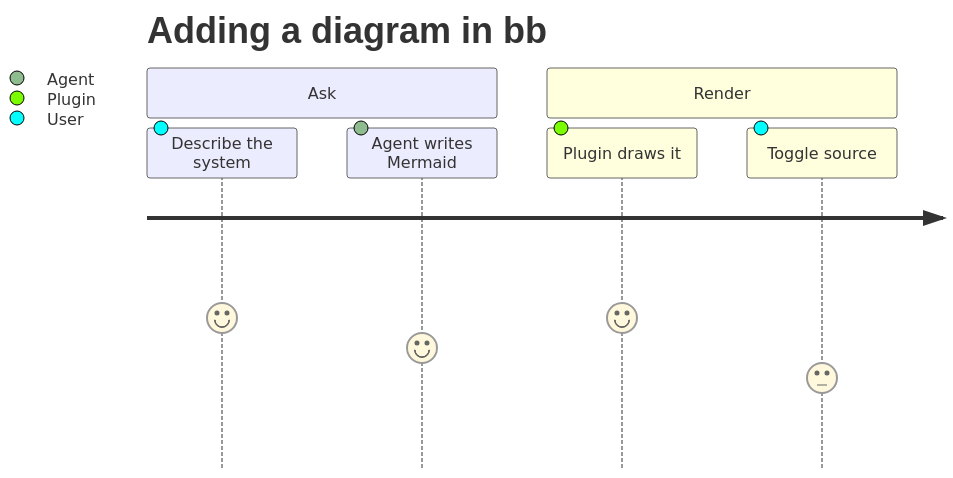
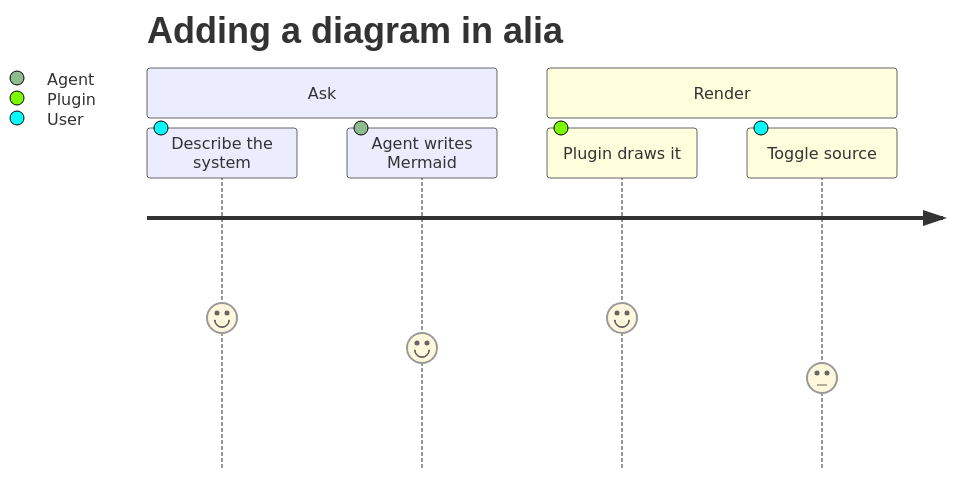
The tenth of 18 diagrams in plugins/agentic-mermaid/gallery.md (Vesnalia/vesnalia-plugins), drawn with Mermaid before and after one commit. The commit also changed other lines of this file and 13306 other files, not shown here.

````diff
--- a/plugins/agentic-mermaid/gallery.md
+++ b/plugins/agentic-mermaid/gallery.md
@@ -153,10 +153,10 @@
 ```mermaid
 journey
-  title Adding a diagram in bb
+  title Adding a diagram in alia
   section Ask
     Describe the system: 5: User
     Agent writes Mermaid: 4: Agent
   section Render
     Plugin draws it: 5: Plugin
     Toggle source: 3: User
 ```
````
